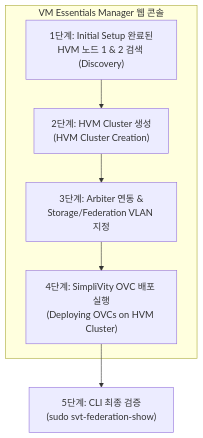
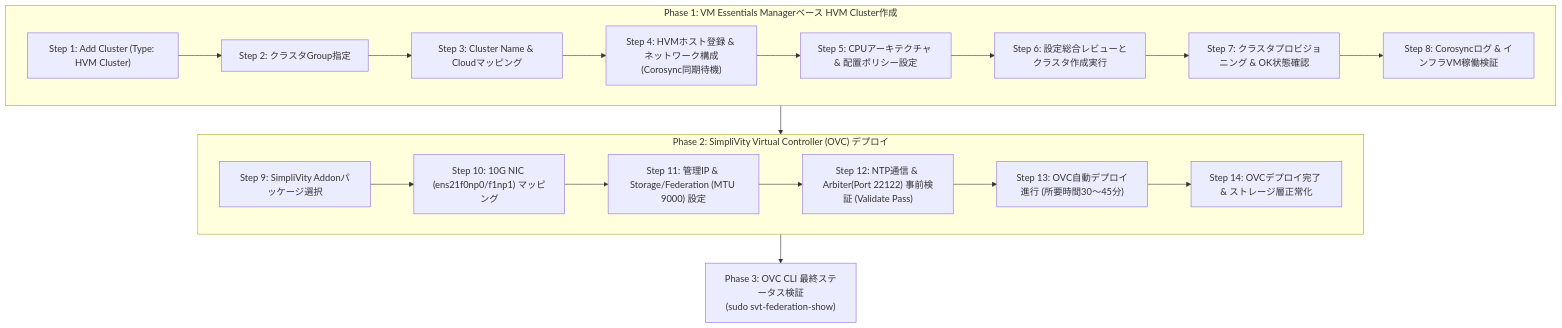
Before and after one commit to CheolKyunYU/cknotes: the diagram in content/posts/simplivity-04-hvm-cluster-ovc-deploy/index.jp.md, drawn with Mermaid. The commit also changed other lines of this file and 35 other files, not shown here.

Commit message:
docs: update SimpliVity Step 4 with 20 sanitized UI screenshots and detailed guide (KO, EN, JP)

````diff
--- a/content/posts/simplivity-04-hvm-cluster-ovc-deploy/index.jp.md
+++ b/content/posts/simplivity-04-hvm-cluster-ovc-deploy/index.jp.md
@@ -44,11 +43,23 @@
 ```mermaid
 flowchart TD
-    subgraph VME_Console["VM Essentials Manager 웹 콘솔"]
-        StepA["1단계: Initial Setup 완료된<br/>HVM 노드 1 & 2 검색 (Discovery)"] --> StepB
-        StepB["2단계: HVM Cluster 생성<br/>(HVM Cluster Creation)"] --> StepC
-        StepC["3단계: Arbiter 연동 &<br/>Storage/Federation VLAN 지정"] --> StepD
-        StepD["4단계: SimpliVity OVC 배포 실행<br/>(Deploying OVCs on HVM Cluster)"]
+    subgraph Phase1["Phase 1: VM Essentials Managerベース HVM Cluster作成"]
+        S1["Step 1: Add Cluster (Type: HVM Cluster)"] --> S2["Step 2: クラスタGroup指定"]
+        S2 --> S3["Step 3: Cluster Name & Cloudマッピング"]
+        S3 --> S4["Step 4: HVMホスト登録 & ネットワーク構成<br/>(Corosync同期待機)"]
+        S4 --> S5["Step 5: CPUアーキテクチャ & 配置ポリシー設定"]
+        S5 --> S6["Step 6: 設定総合レビューとクラスタ作成実行"]
+        S6 --> S7["Step 7: クラスタプロビジョニング & OK状態確認"]
+        S7 --> S8["Step 8: Corosyncログ & インフラVM稼働検証"]
     end
 
-    StepD --> Validation["5단계: CLI 최종 검증<br/>(sudo svt-federation-show)"]
+    subgraph Phase2["Phase 2: SimpliVity Virtual Controller (OVC) デプロイ"]
+        S9["Step 9: SimpliVity Addonパッケージ選択"] --> S10["Step 10: 10G NIC (ens21f0np0/f1np1) マッピング"]
+        S10 --> S11["Step 11: 管理IP & Storage/Federation (MTU 9000) 設定"]
+        S11 --> S12["Step 12: NTP通信 & Arbiter(Port 22122) 事前検証 (Validate Pass)"]
+        S12 --> S13["Step 13: OVC自動デプロイ進行 (所要時間30〜45分)"]
+        S13 --> S14["Step 14: OVCデプロイ完了 & ストレージ層正常化"]
+    end
+
+    Phase1 --> Phase2
+    Phase2 --> Verification["Phase 3: OVC CLI 最終ステータス検証<br/>(sudo svt-federation-show)"]
 ```
````
